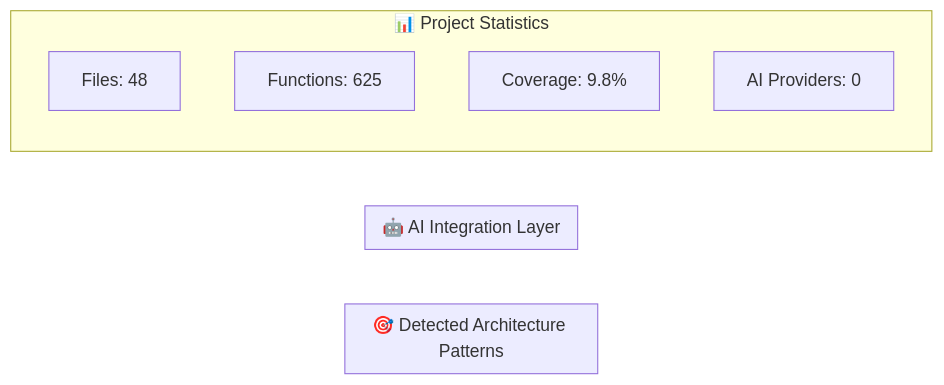
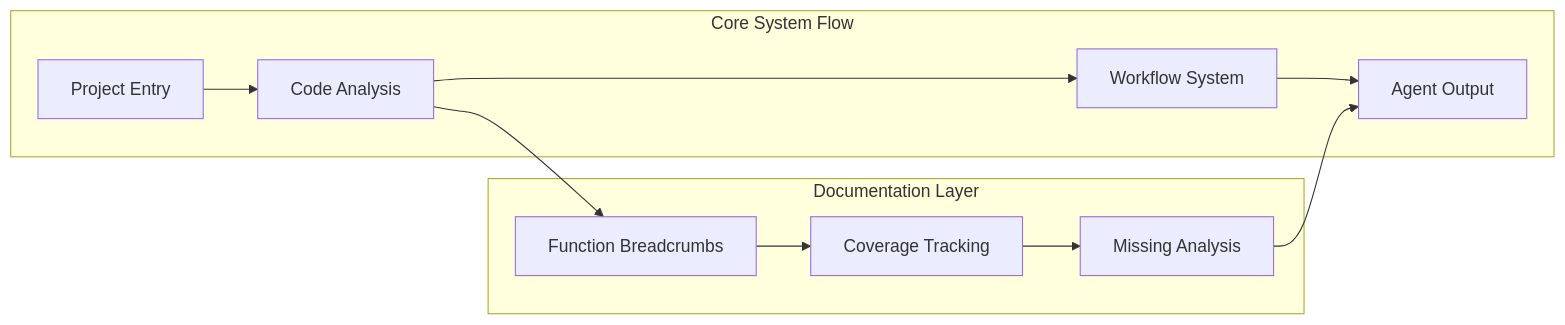
One commit to Spitfire-Products/Arkival-V4 changed the second of 3 diagrams in ARCHITECTURE_DIAGRAM.md. Above: the diagram before and after it, drawn with Mermaid. The commit also changed other lines of this file and 29 other files, not shown here.

````diff
--- a/ARCHITECTURE_DIAGRAM.md
+++ b/ARCHITECTURE_DIAGRAM.md
@@ -50,17 +45,20 @@
 ```mermaid
-graph LR
-    subgraph "🎯 Detected Architecture Patterns"
+flowchart LR
+    subgraph "Core System Flow"
+        START[Project Entry] --> ANALYSIS[Code Analysis]
+        ANALYSIS --> WORKFLOW[Workflow System]
+        WORKFLOW --> OUTPUT[Agent Output]
+    end
+    
+    subgraph "Documentation Layer"
+        BREADCRUMBS[Function Breadcrumbs]
+        COVERAGE[Coverage Tracking] 
+        MISSING[Missing Analysis]
         
+        BREADCRUMBS --> COVERAGE
+        COVERAGE --> MISSING
     end
-
-    subgraph "🤖 AI Integration Layer"
-        
-    end
-
-    subgraph "📊 Project Statistics"
-        STATS1[Files: 48]
-        STATS2[Functions: 625]
-        STATS3[Coverage: 9.8%]
-        STATS4[AI Providers: 0]
-    end
+    
+    ANALYSIS --> BREADCRUMBS
+    MISSING --> OUTPUT
 ```
````
